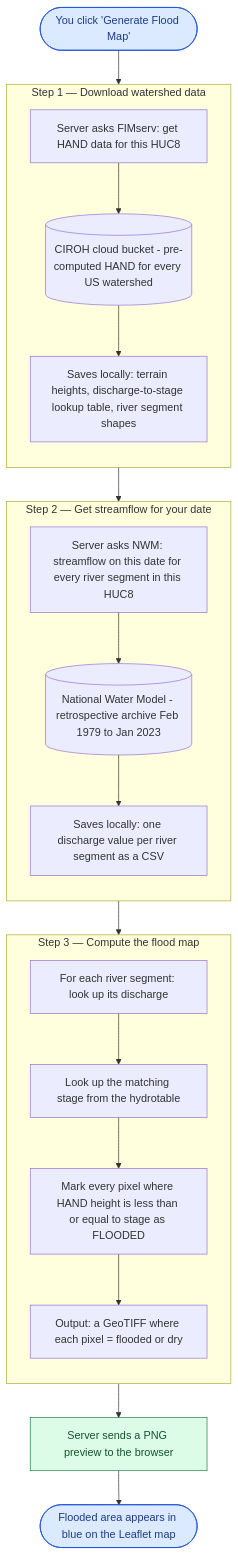
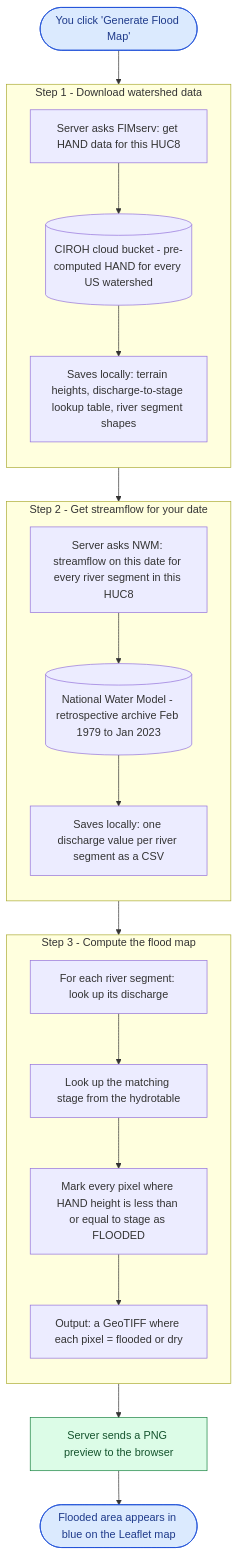
One commit to Aquaveo/tethysapp-fimserve_viewer changed the first of 2 diagrams in README.md. Above: the diagram before and after it, drawn with Mermaid. The commit also changed other lines of this file and 6 other files, not shown here.

````diff
--- a/README.md
+++ b/README.md
@@ -460,41 +461,41 @@
 ```mermaid
 flowchart TD
     User([You click 'Generate Flood Map']):::user
 
-    subgraph S1["Step 1 — Download watershed data"]
+    subgraph S1["Step 1 - Download watershed data"]
         direction TB
         T1["Server asks FIMserv: get HAND data for this HUC8"]
         Cloud1[("CIROH cloud bucket - pre-computed HAND for every US watershed")]
         Files1["Saves locally: terrain heights, discharge-to-stage lookup table, river segment shapes"]
         T1 --> Cloud1 --> Files1
     end
 
-    subgraph S2["Step 2 — Get streamflow for your date"]
+    subgraph S2["Step 2 - Get streamflow for your date"]
         direction TB
         T2["Server asks NWM: streamflow on this date for every river segment in this HUC8"]
         Cloud2[("National Water Model - retrospective archive Feb 1979 to Jan 2023")]
         Files2["Saves locally: one discharge value per river segment as a CSV"]
         T2 --> Cloud2 --> Files2
     end
 
-    subgraph S3["Step 3 — Compute the flood map"]
+    subgraph S3["Step 3 - Compute the flood map"]
         direction TB
         T3a["For each river segment: look up its discharge"]
         T3b["Look up the matching stage from the hydrotable"]
         T3c["Mark every pixel where HAND height is less than or equal to stage as FLOODED"]
         Files3["Output: a GeoTIFF where each pixel = flooded or dry"]
         T3a --> T3b --> T3c --> Files3
     end
 
     Display["Server sends a PNG preview to the browser"]:::out
     Map([Flooded area appears in blue on the Leaflet map]):::user
 
     User --> S1
     S1 --> S2
     S2 --> S3
     S3 --> Display
     Display --> Map
 
     classDef user fill:#dbeafe,stroke:#1d4ed8,color:#1e3a8a
     classDef out fill:#dcfce7,stroke:#15803d,color:#14532d
 ```
````
